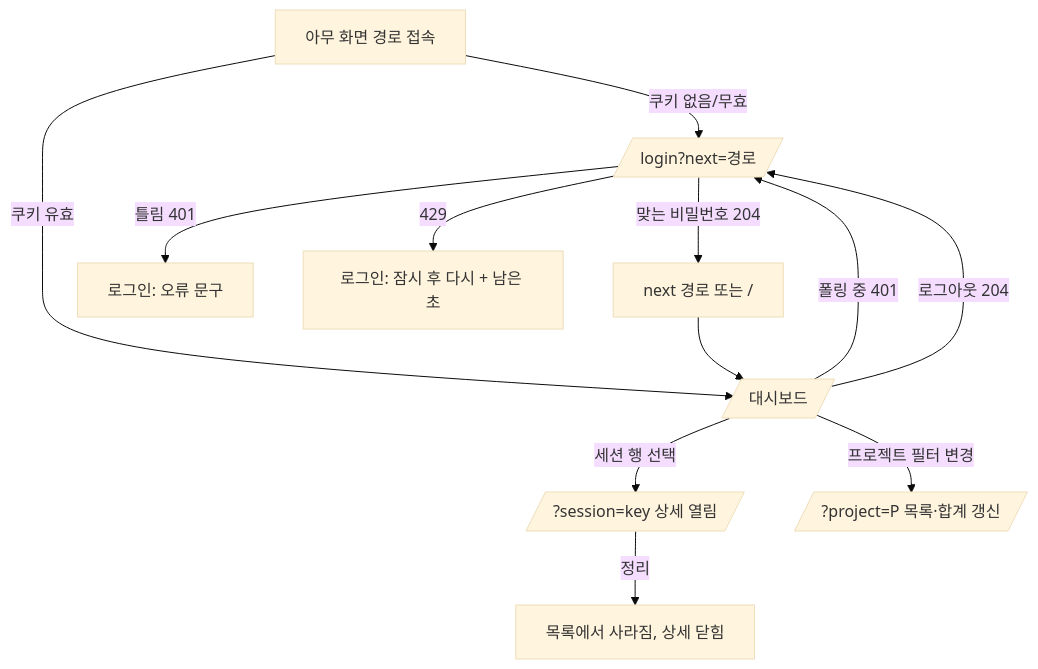
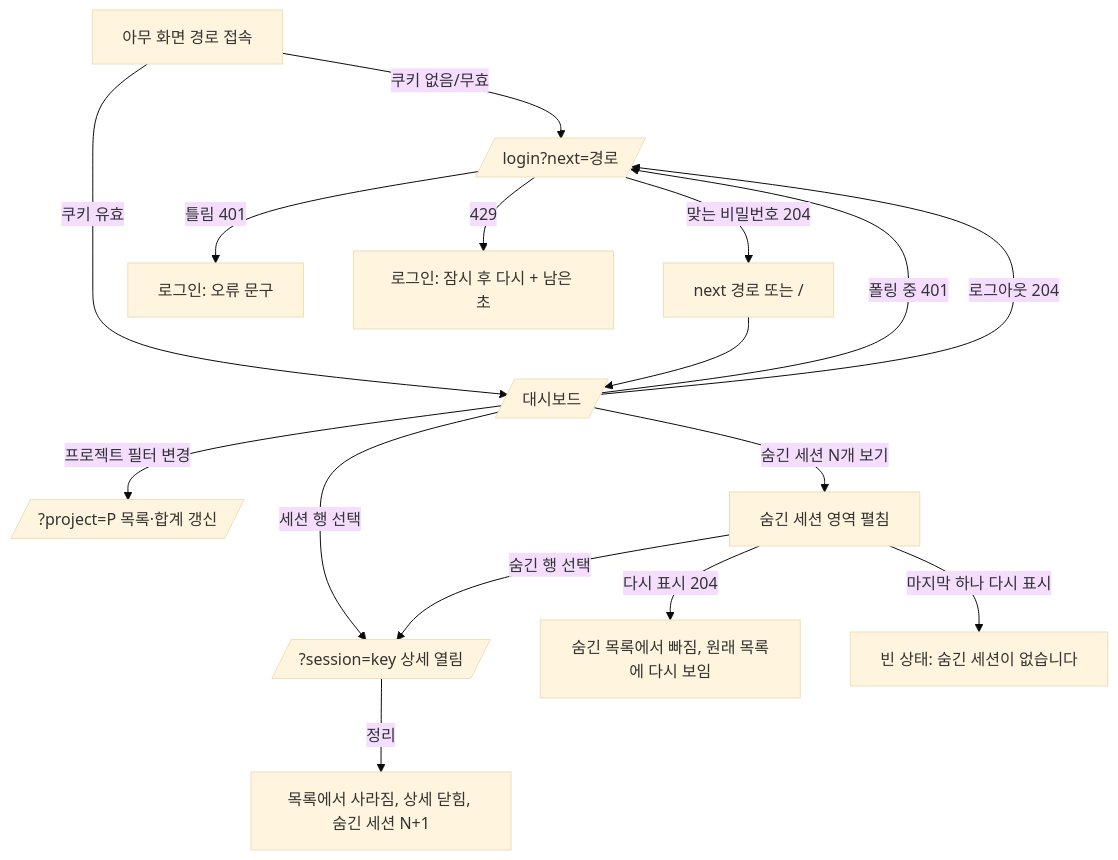
One commit to winterairy/agent-observer changed the diagram in docs/team/design-spec-stage1.md. Above: the diagram before and after it, drawn with Mermaid (base theme). The commit also changed other lines of this file and 3 other files, not shown here.

````diff
--- a/docs/team/design-spec-stage1.md
+++ b/docs/team/design-spec-stage1.md
@@ -10,14 +10,18 @@
 ```mermaid
 flowchart TD
   A[아무 화면 경로 접속] -->|쿠키 없음/무효| L[/login?next=경로/]
   A -->|쿠키 유효| D[/ 대시보드/]
   L -->|맞는 비밀번호 204| N[next 경로 또는 /]
   N --> D
   L -->|틀림 401| L1[로그인: 오류 문구]
   L -->|429| L2[로그인: 잠시 후 다시 + 남은 초]
   D -->|세션 행 선택| DS[/?session=key 상세 열림/]
   D -->|프로젝트 필터 변경| DF[/?project=P 목록·합계 갱신/]
-  DS -->|정리| D2[목록에서 사라짐, 상세 닫힘]
+  DS -->|정리| D2[목록에서 사라짐, 상세 닫힘, 숨긴 세션 N+1]
+  D -->|숨긴 세션 N개 보기| HS[숨긴 세션 영역 펼침]
+  HS -->|다시 표시 204| D3[숨긴 목록에서 빠짐, 원래 목록에 다시 보임]
+  HS -->|숨긴 행 선택| DS
+  HS -->|마지막 하나 다시 표시| HE[빈 상태: 숨긴 세션이 없습니다]
   D -->|폴링 중 401| L
   D -->|로그아웃 204| L
 ```
````
